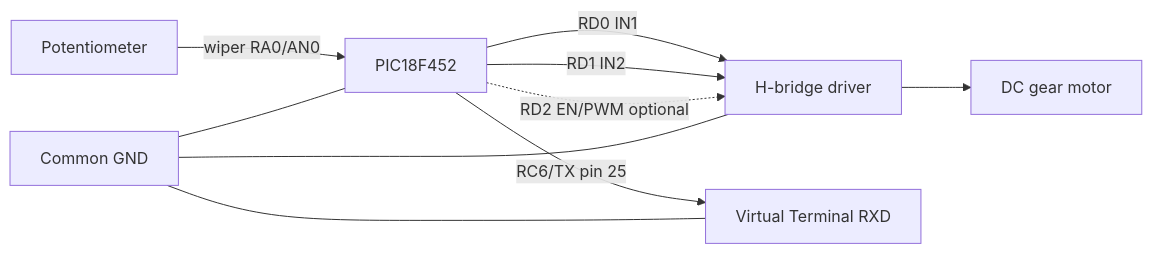
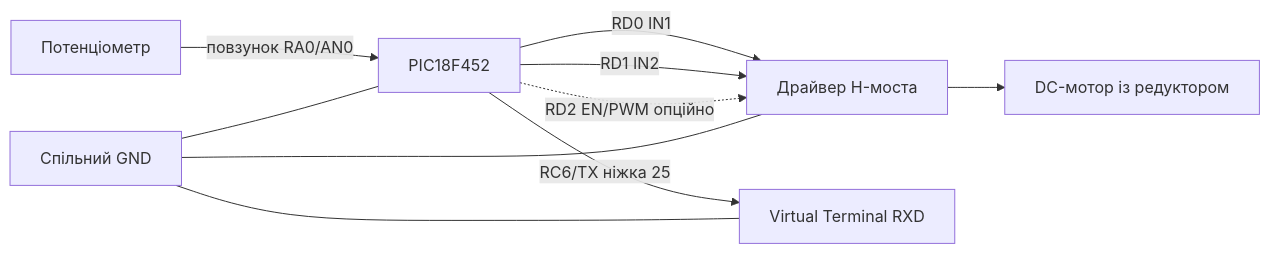
One commit to anatoliWeb/pic-platform changed the first of 2 diagrams in examples-projects/proteus/actuator/position_drive_adc/README.ua.md. Above: the diagram before and after it, drawn with Mermaid. The commit also changed other lines of this file and 3 other files, not shown here.

First line of the commit message:
docs(position-drive): translate Mermaid labels to Ukrainian in UA docs

````diff
--- a/examples-projects/proteus/actuator/position_drive_adc/README.ua.md
+++ b/examples-projects/proteus/actuator/position_drive_adc/README.ua.md
@@ -41,12 +41,12 @@
 ```mermaid
 flowchart LR
-    POT[Potentiometer] -->|wiper RA0/AN0| PIC[PIC18F452]
-    PIC -->|RD0 IN1| HBRIDGE[H-bridge driver]
+    POT[Потенціометр] -->|повзунок RA0/AN0| PIC[PIC18F452]
+    PIC -->|RD0 IN1| HBRIDGE[Драйвер H-моста]
     PIC -->|RD1 IN2| HBRIDGE
-    PIC -. RD2 EN/PWM optional .-> HBRIDGE
-    HBRIDGE --> MOTOR[DC gear motor]
-    PIC -->|RC6/TX pin 25| VT[Virtual Terminal RXD]
-    GND[Common GND] --- PIC
+    PIC -. RD2 EN/PWM опційно .-> HBRIDGE
+    HBRIDGE --> MOTOR[DC-мотор із редуктором]
+    PIC -->|RC6/TX ніжка 25| VT[Virtual Terminal RXD]
+    GND[Спільний GND] --- PIC
     GND --- HBRIDGE
     GND --- VT
 ```
````
